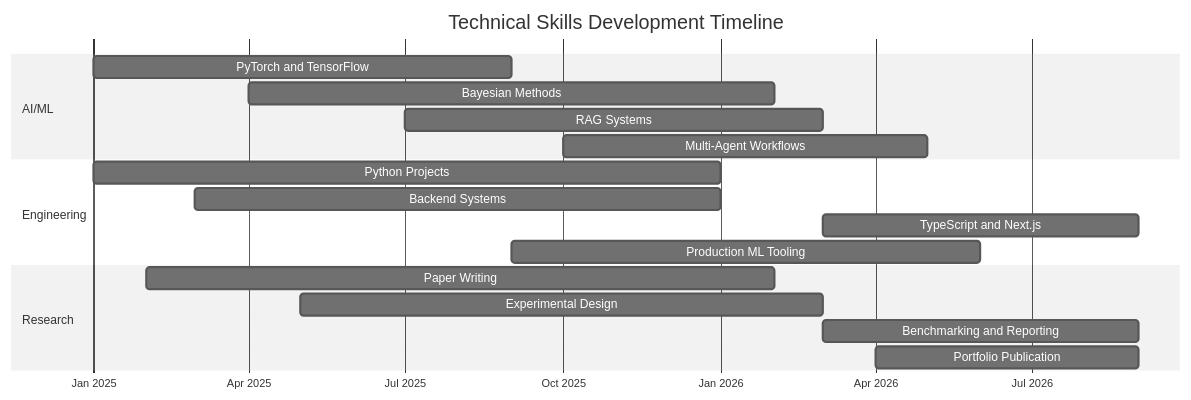
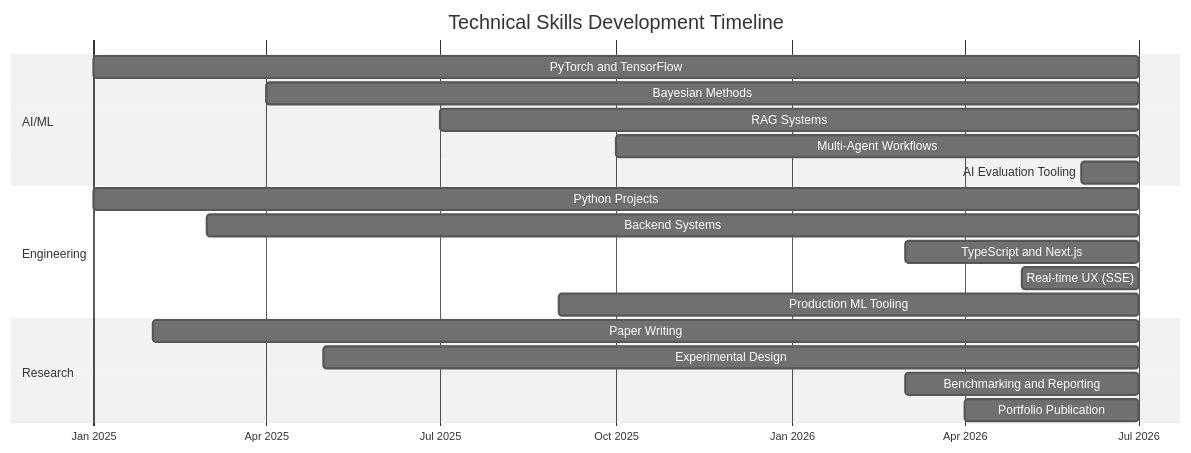
One commit to Zhi-Chao-PAN/Zhi-Chao-PAN changed the diagram in README.md. Above: the diagram before and after it, drawn with Mermaid (neutral theme). The commit also changed other lines of this file, not shown here.

First line of the commit message:
docs: refresh profile README with latest projects (June 2026)

````diff
--- a/README.md
+++ b/README.md
@@ -130,24 +144,26 @@
 ```mermaid
 gantt
     title Technical Skills Development Timeline
     dateFormat  YYYY-MM
     axisFormat  %b %Y
 
     section AI/ML
-    PyTorch and TensorFlow      :2025-01, 8M
-    Bayesian Methods            :2025-04, 10M
-    RAG Systems                 :2025-07, 8M
-    Multi-Agent Workflows       :2025-10, 7M
+    PyTorch and TensorFlow      :2025-01, 18M
+    Bayesian Methods            :2025-04, 15M
+    RAG Systems                 :2025-07, 12M
+    Multi-Agent Workflows       :2025-10, 9M
+    AI Evaluation Tooling       :2026-06, 1M
 
     section Engineering
-    Python Projects             :2025-01, 12M
-    Backend Systems             :2025-03, 10M
-    TypeScript and Next.js      :2026-03, 6M
-    Production ML Tooling       :2025-09, 9M
+    Python Projects             :2025-01, 18M
+    Backend Systems             :2025-03, 16M
+    TypeScript and Next.js      :2026-03, 4M
+    Real-time UX (SSE)          :2026-05, 2M
+    Production ML Tooling       :2025-09, 10M
 
     section Research
-    Paper Writing               :2025-02, 12M
-    Experimental Design         :2025-05, 10M
-    Benchmarking and Reporting  :2026-03, 6M
-    Portfolio Publication       :2026-04, 5M
+    Paper Writing               :2025-02, 17M
+    Experimental Design         :2025-05, 14M
+    Benchmarking and Reporting  :2026-03, 4M
+    Portfolio Publication       :2026-04, 3M
 ```
````
